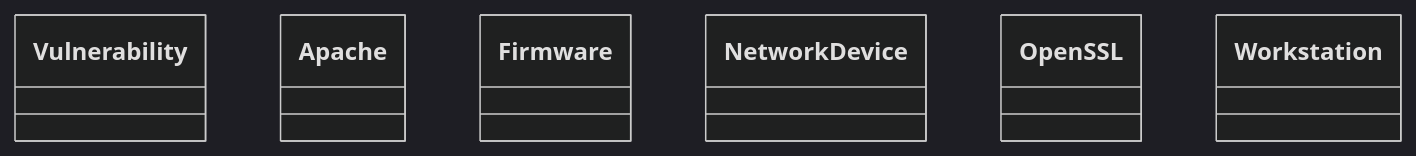
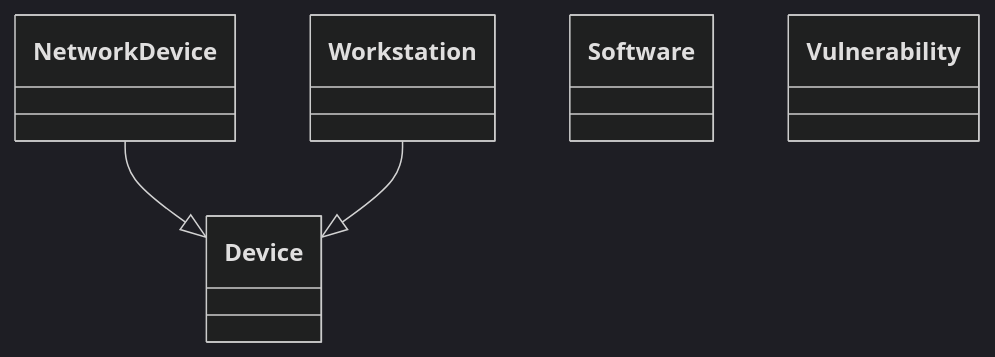
Before and after one commit to AlbanLher/Dkg-cybersec: the diagram in 12-Donnees/TBox_init/LEXIQUE_CONSOLIDE.md, drawn with Mermaid (dark theme). The commit also changed other lines of this file and 5 other files, not shown here.

````diff
--- a/12-Donnees/TBox_init/LEXIQUE_CONSOLIDE.md
+++ b/12-Donnees/TBox_init/LEXIQUE_CONSOLIDE.md
@@ -20,9 +20,10 @@
 ```mermaid
 classDiagram
+    class NetworkDevice
+    class Workstation
+    class Software
     class Vulnerability
-    class Apache
-    class Firmware
-    class NetworkDevice
-    class OpenSSL
-    class Workstation
+    class Device
+    NetworkDevice --|> Device
+    Workstation --|> Device
 ```
````
